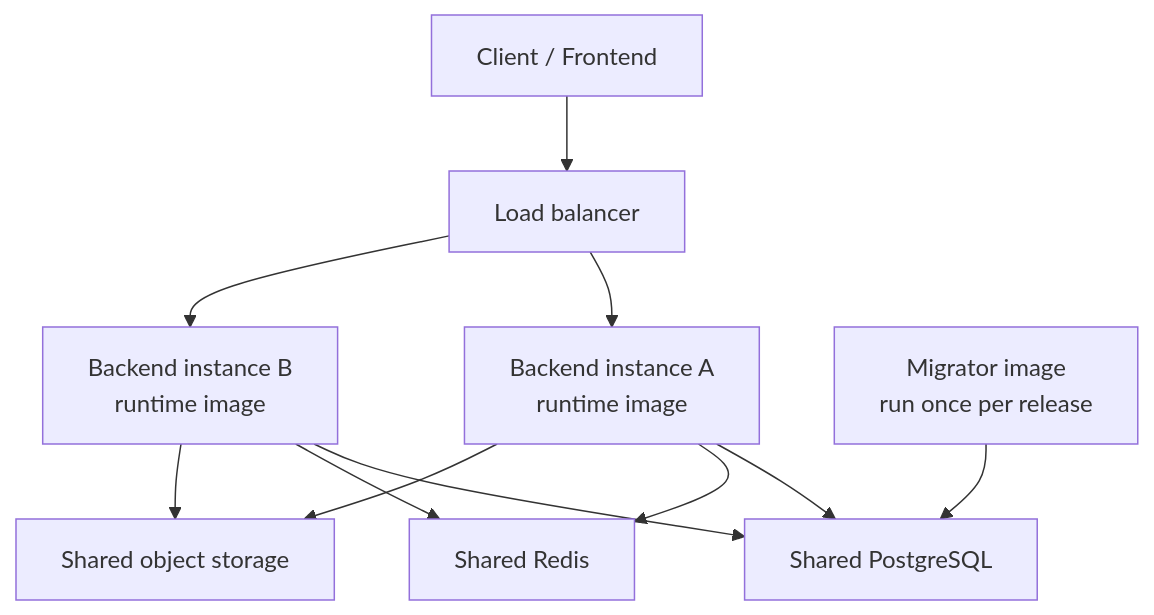
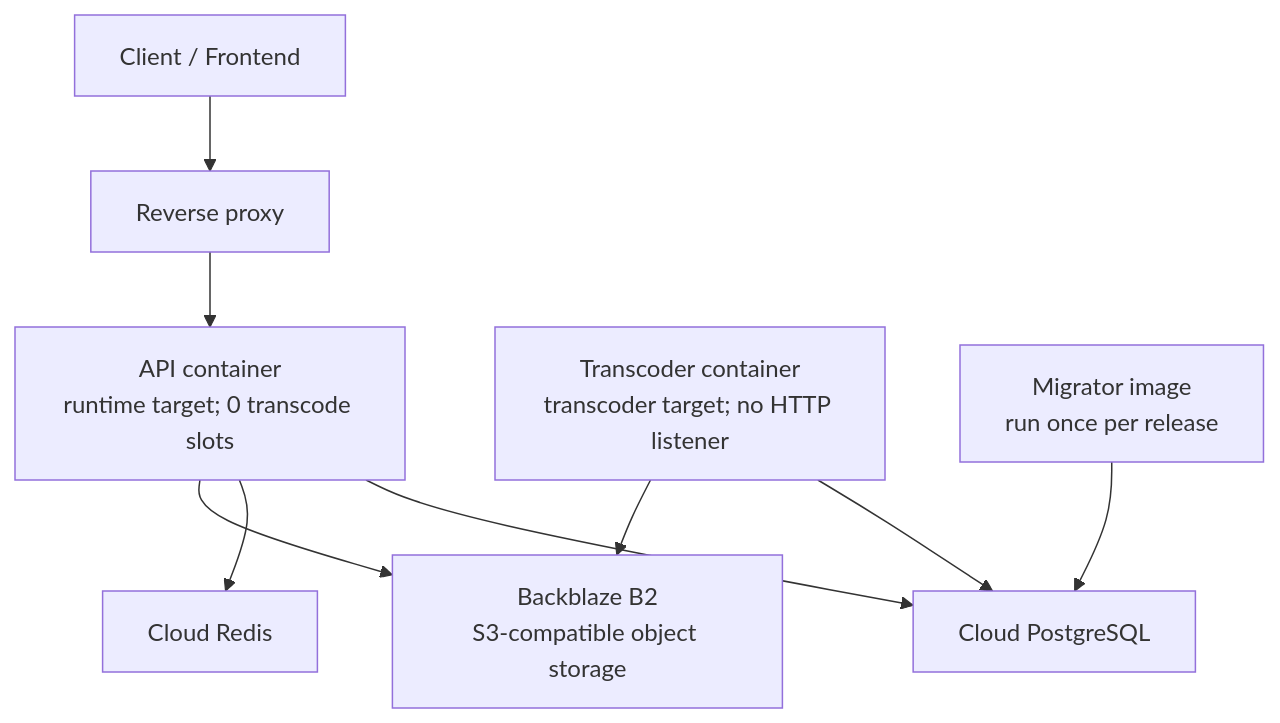
One commit to FairPlayTeam/ts-backend changed the second of 8 diagrams in ARCHITECTURE.md. Above: the diagram before and after it, drawn with Mermaid. The commit also changed other lines of this file and 25 other files, not shown here.

````diff
--- a/ARCHITECTURE.md
+++ b/ARCHITECTURE.md
@@ -52,16 +54,11 @@
 ```mermaid
 flowchart TD
-client["Client / Frontend"] --> proxy["Load balancer"]
-proxy --> apiA["Backend instance A<br/>runtime image"]
-proxy --> apiB["Backend instance B<br/>runtime image"]
-
-apiA --> db["Shared PostgreSQL"]
-apiB --> db
-
-apiA --> redis["Shared Redis"]
-apiB --> redis
-apiA --> objectStore["Shared object storage"]
-apiB --> objectStore
-
+client["Client / Frontend"] --> proxy["Reverse proxy"]
+proxy --> api["API container<br/>runtime target; 0 transcode slots"]
+worker["Transcoder container<br/>transcoder target; no HTTP listener"] --> db["Cloud PostgreSQL"]
+api --> db
+api --> redis["Cloud Redis"]
+api --> objectStore["Backblaze B2<br/>S3-compatible object storage"]
+worker --> objectStore
 migrator["Migrator image<br/>run once per release"] --> db
 ```
````
